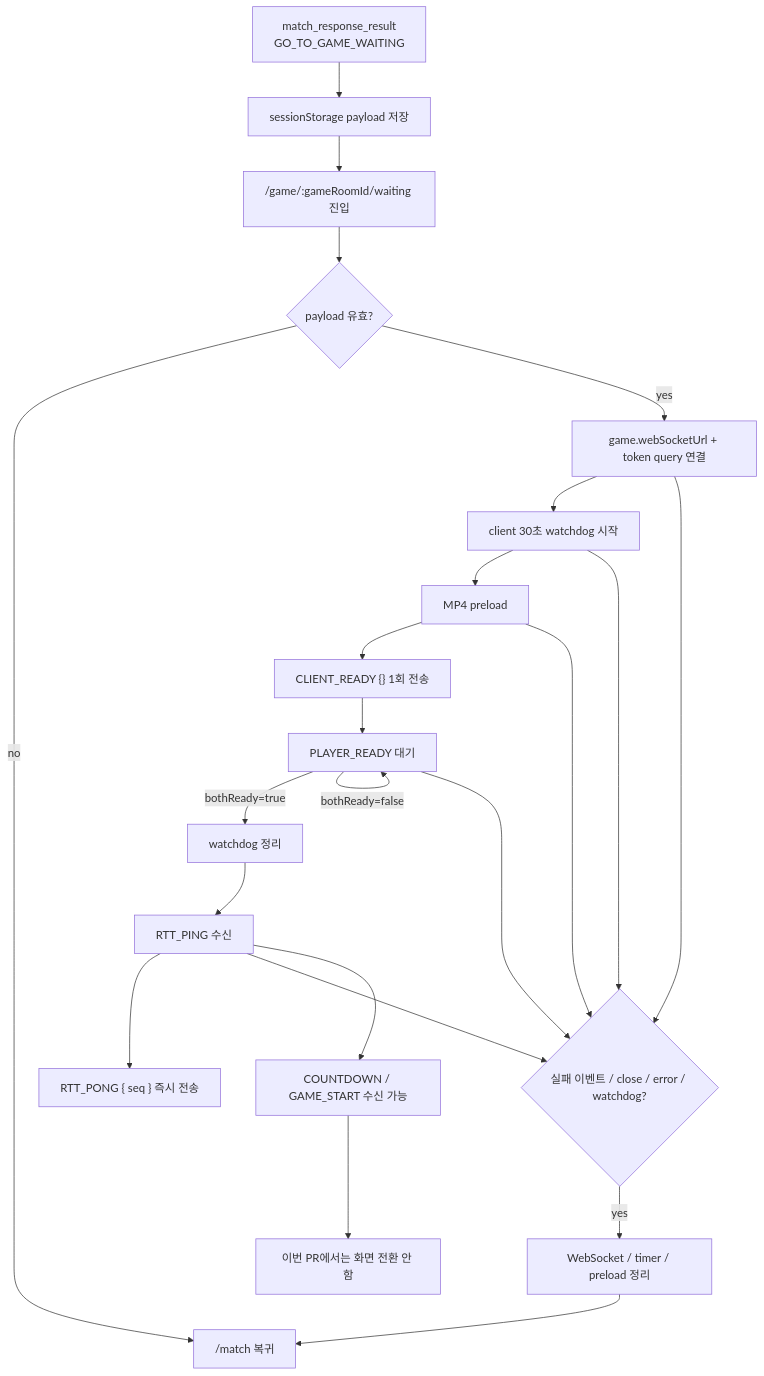
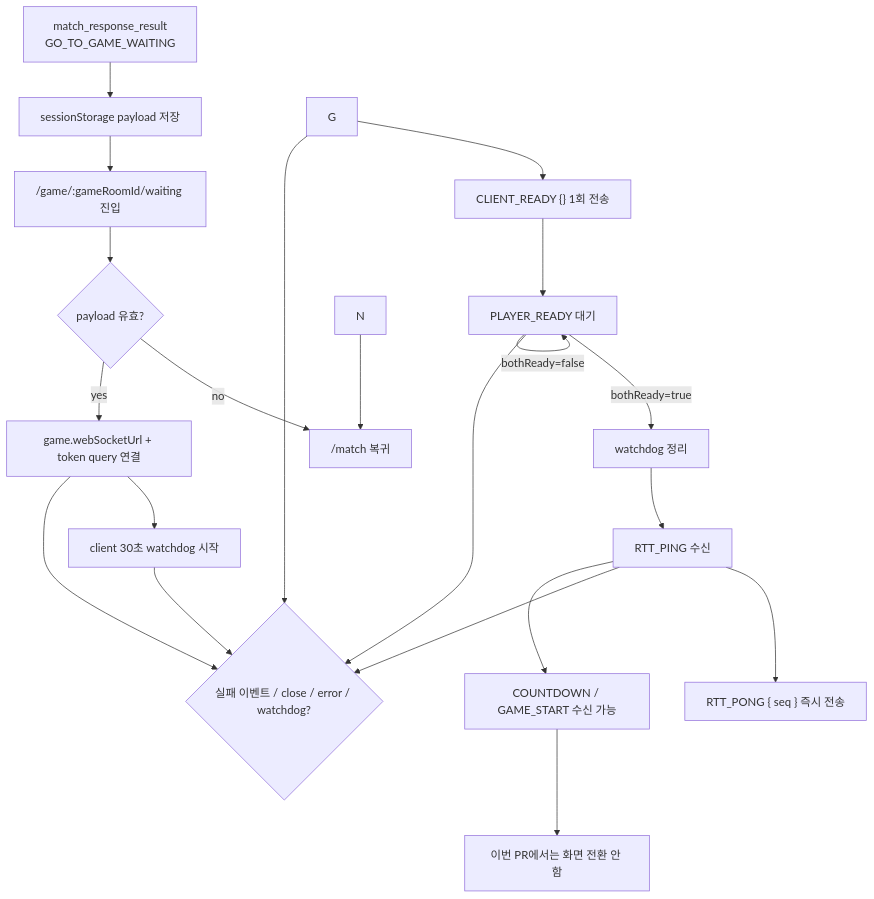
One commit to moonwhistle/League-of-Star changed the second of 2 diagrams in docs/antigravity/frontend/issue-86-game-waiting-websocket.md. Above: the diagram before and after it, drawn with Mermaid. The commit also changed other lines of this file and 47 other files, not shown here.

````diff
--- a/docs/antigravity/frontend/issue-86-game-waiting-websocket.md
+++ b/docs/antigravity/frontend/issue-86-game-waiting-websocket.md
@@ -362,25 +340,23 @@
 ```mermaid
 flowchart TD
     A["match_response_result<br/>GO_TO_GAME_WAITING"] --> B["sessionStorage payload 저장"]
     B --> C["/game/:gameRoomId/waiting 진입"]
     C --> D{"payload 유효?"}
     D -->|no| R["/match 복귀"]
     D -->|yes| E["game.webSocketUrl + token query 연결"]
     E --> F["client 30초 watchdog 시작"]
-    F --> G["MP4 preload"]
     G --> H["CLIENT_READY {} 1회 전송"]
     H --> I["PLAYER_READY 대기"]
     I -->|bothReady=false| I
     I -->|bothReady=true| J["watchdog 정리"]
     J --> K["RTT_PING 수신"]
     K --> L["RTT_PONG { seq } 즉시 전송"]
     E --> M{"실패 이벤트 / close / error / watchdog?"}
     F --> M
     G --> M
     I --> M
     K --> M
-    M -->|yes| N["WebSocket / timer / preload 정리"]
     N --> R
     K --> O["COUNTDOWN / GAME_START 수신 가능"]
     O --> P["이번 PR에서는 화면 전환 안 함"]
 ```
````
